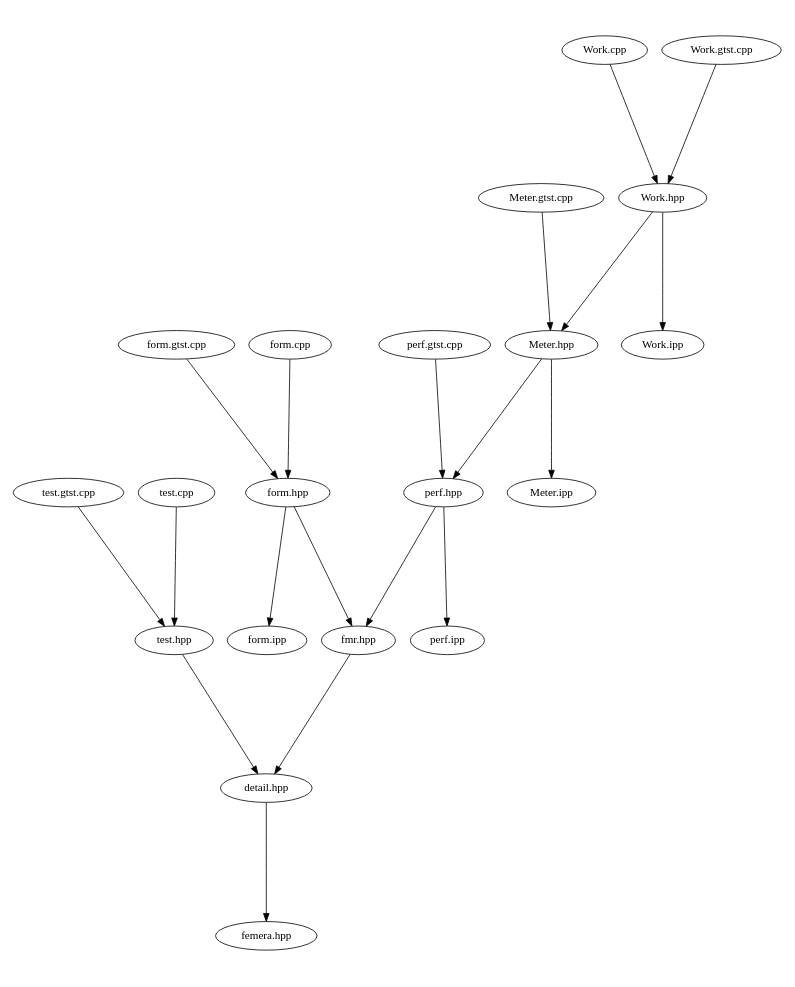
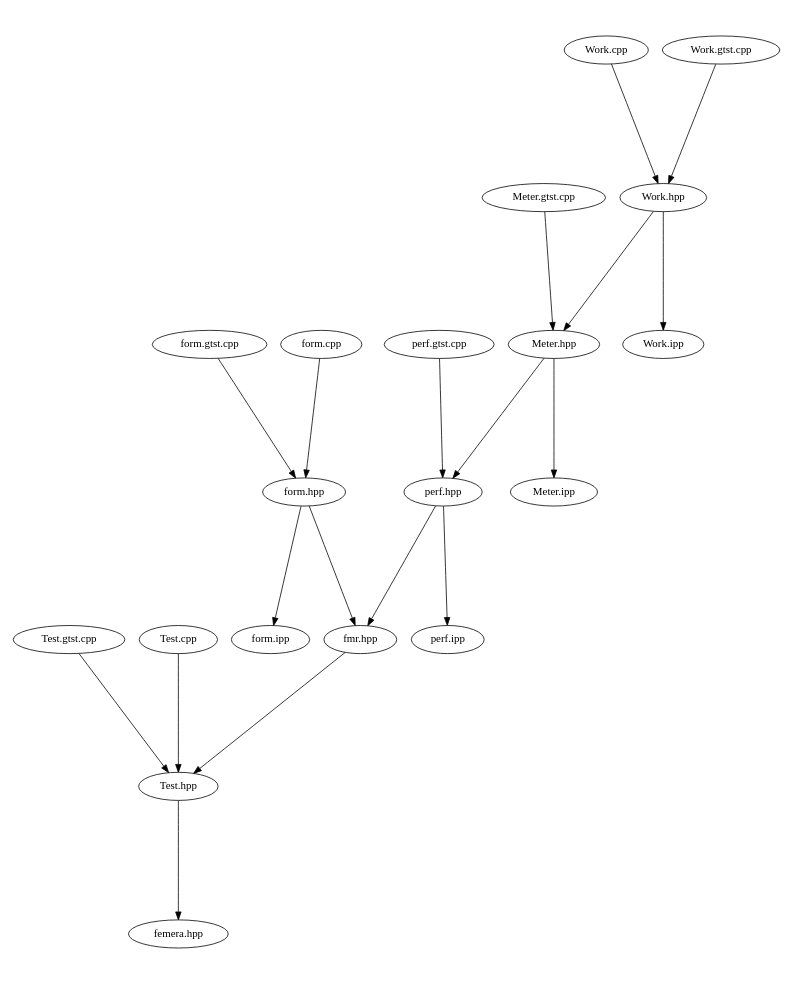
One commit to waggyz/femera-mini-app changed the diagram in src/docs/src.dot. Above: the diagram before and after it, drawn with Graphviz. The commit also changed 14 other files, not shown here.

```diff
--- a/src/docs/src.dot
+++ b/src/docs/src.dot
@@ -1,27 +1,26 @@
 digraph "source tree" {
     overlap=scale;
     size="8,10";
     ratio="fill";
     fontsize="16";
     fontname="Helvetica";
 	clusterrank="local";
 	"Meter.hpp" -> "perf.hpp"
 	"perf.hpp" -> "fmr.hpp"
-	"test.gtst.cpp" -> "test.hpp"
-	"test.cpp" -> "test.hpp"
+	"Test.gtst.cpp" -> "Test.hpp"
 	"form.gtst.cpp" -> "form.hpp"
 	"Work.hpp" -> "Work.ipp"
+	"fmr.hpp" -> "Test.hpp"
 	"Meter.gtst.cpp" -> "Meter.hpp"
 	"form.cpp" -> "form.hpp"
+	"Test.hpp" -> "femera.hpp"
 	"perf.hpp" -> "perf.ipp"
 	"form.hpp" -> "fmr.hpp"
 	"form.hpp" -> "form.ipp"
-	"detail.hpp" -> "femera.hpp"
 	"perf.gtst.cpp" -> "perf.hpp"
+	"Work.cpp" -> "Work.hpp"
 	"Work.hpp" -> "Meter.hpp"
-	"Work.cpp" -> "Work.hpp"
-	"test.hpp" -> "detail.hpp"
 	"Work.gtst.cpp" -> "Work.hpp"
+	"Test.cpp" -> "Test.hpp"
 	"Meter.hpp" -> "Meter.ipp"
-	"fmr.hpp" -> "detail.hpp"
 }
```
